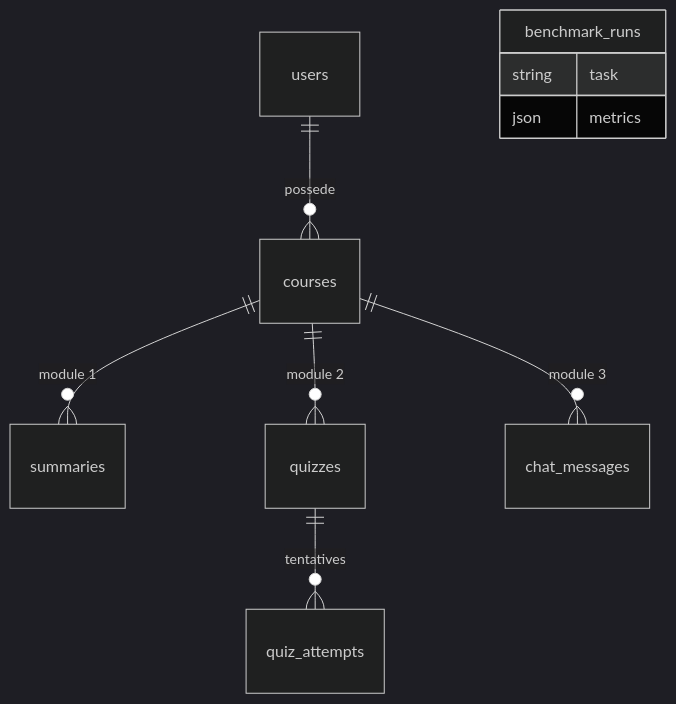
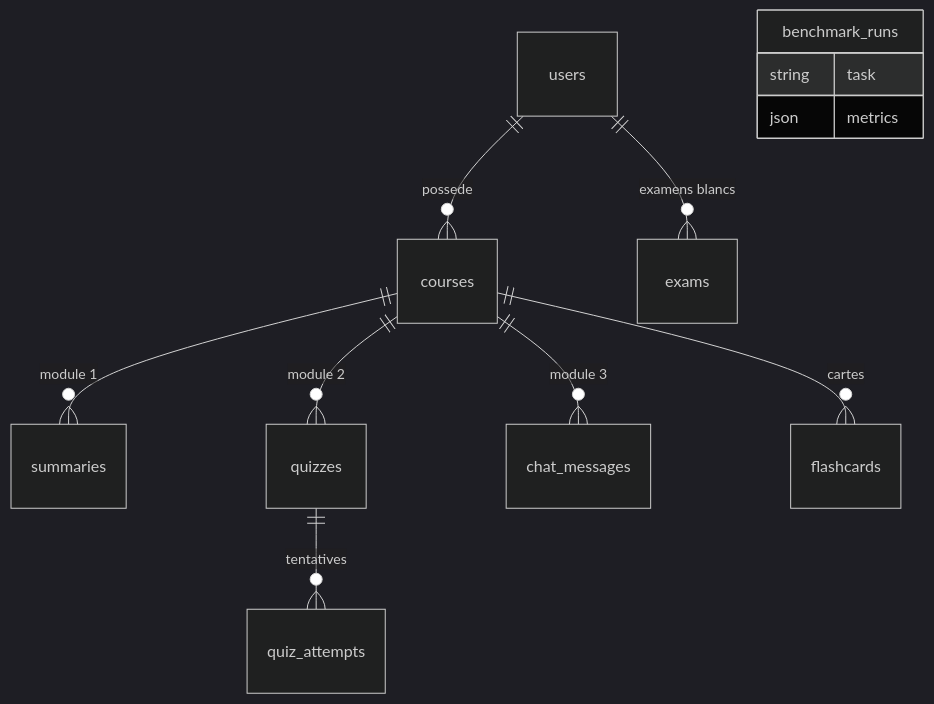
Before and after one commit to yemeliemmanuelloic/MiniProjet-StudyAI: the second of 3 diagrams in docs/RAPPORT-TECHNIQUE.md, drawn with Mermaid (dark theme). The commit also changed other lines of this file, not shown here.

````diff
--- a/docs/RAPPORT-TECHNIQUE.md
+++ b/docs/RAPPORT-TECHNIQUE.md
@@ -204,12 +249,14 @@
 ```mermaid
 erDiagram
     users ||--o{ courses : possede
+    users ||--o{ exams : "examens blancs"
     courses ||--o{ summaries : "module 1"
     courses ||--o{ quizzes : "module 2"
     courses ||--o{ chat_messages : "module 3"
+    courses ||--o{ flashcards : "cartes"
     quizzes ||--o{ quiz_attempts : tentatives
     benchmark_runs {
         string task
         json metrics
     }
 ```
````
